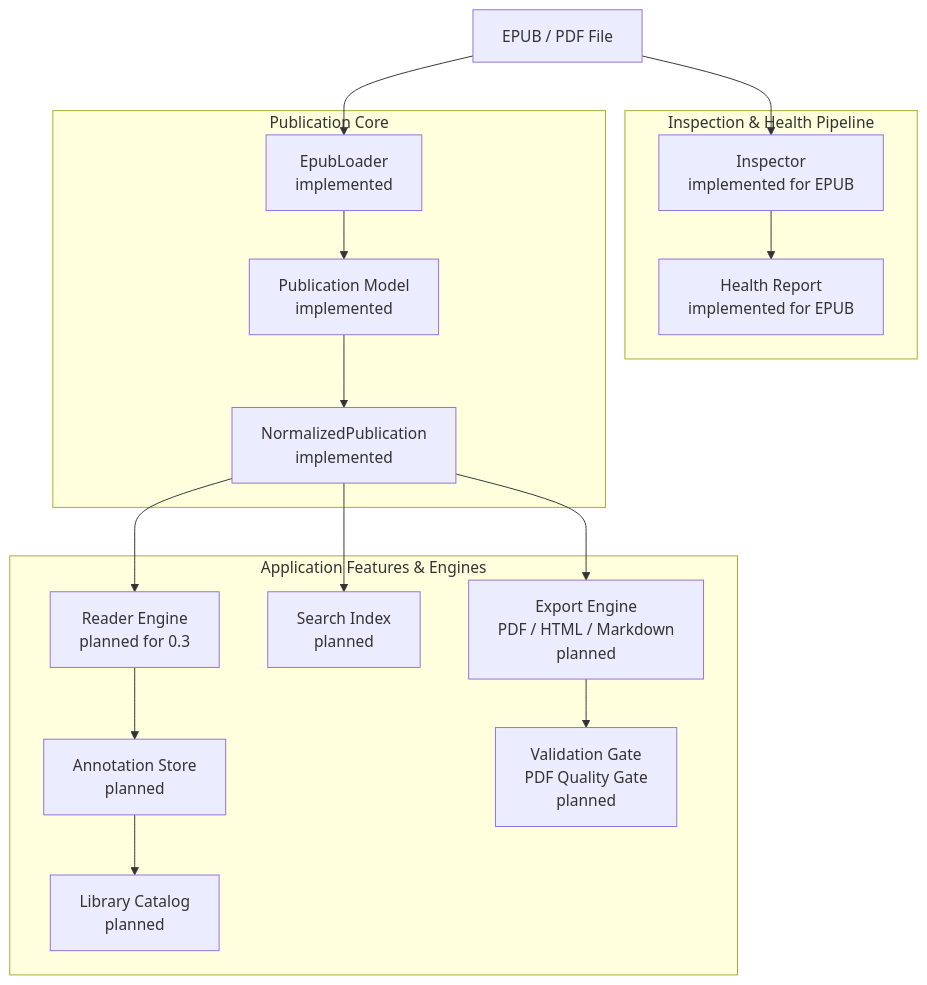
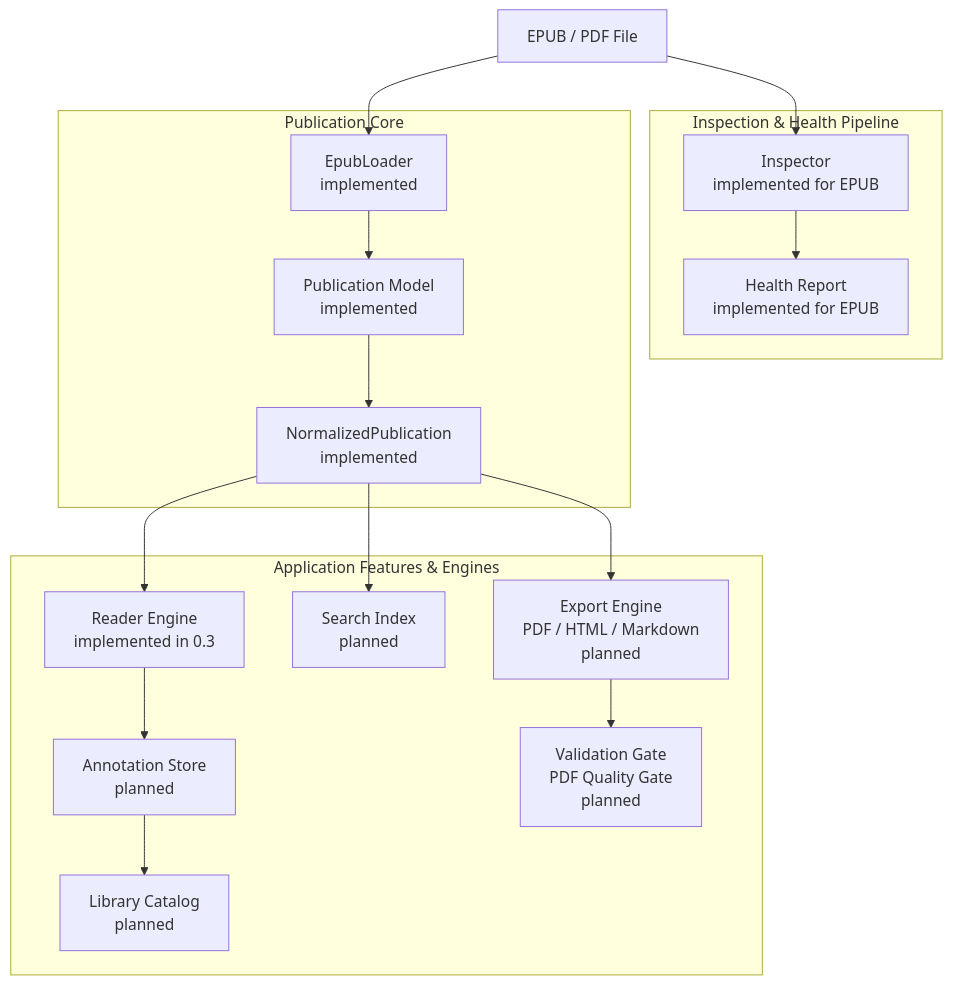
Before and after one commit to bosatsu25/ReflowPress: the first of 4 diagrams in docs/architecture.md, drawn with Mermaid. The commit also changed other lines of this file and 4 other files, not shown here.

Commit message:
docs: update roadmap and architecture for milestone 0.3 reader mvp

````diff
--- a/docs/architecture.md
+++ b/docs/architecture.md
@@ -11,34 +11,34 @@
 ```mermaid
 flowchart TD
     SOURCE[EPUB / PDF File]
 
     subgraph INSP_SUB[Inspection & Health Pipeline]
         INSPECTOR[Inspector<br/>implemented for EPUB]
         HEALTH[Health Report<br/>implemented for EPUB]
     end
 
     subgraph CORE_SUB[Publication Core]
         LOADER[EpubLoader<br/>implemented]
         PUB_MODEL[Publication Model<br/>implemented]
         NORMALIZED[NormalizedPublication<br/>implemented]
     end
 
     subgraph CONSUMER_SUB[Application Features & Engines]
-        READER[Reader Engine<br/>planned for 0.3]
+        READER[Reader Engine<br/>implemented in 0.3]
         ANNOTATION[Annotation Store<br/>planned]
         LIBRARY[Library Catalog<br/>planned]
         SEARCH[Search Index<br/>planned]
         EXPORT[Export Engine<br/>PDF / HTML / Markdown<br/>planned]
         VALIDATION[Validation Gate<br/>PDF Quality Gate<br/>planned]
     end
 
     SOURCE --> INSPECTOR --> HEALTH
     SOURCE --> LOADER --> PUB_MODEL --> NORMALIZED
 
     NORMALIZED --> READER
     READER --> ANNOTATION
     ANNOTATION --> LIBRARY
     NORMALIZED --> SEARCH
     NORMALIZED --> EXPORT
     EXPORT --> VALIDATION
 ```
````
